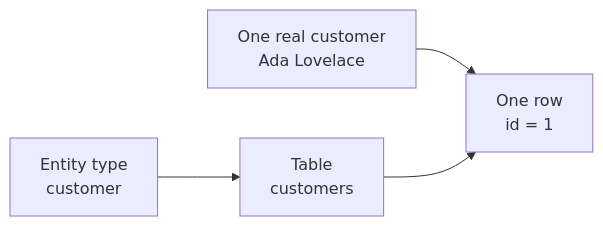
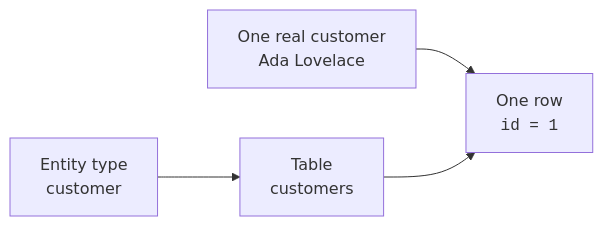
Before and after one commit to dataslope/dataslope: the first of 4 diagrams in content/learn/database-design-postgresql/thinking-in-entities.mdx, drawn with Mermaid. The commit also changed other lines of this file and 218 other files, not shown here.

First line of the commit message:
Render code-only mermaid shapes in monospace; convert step sequences to Steps (#467)

````diff
--- a/content/learn/database-design-postgresql/thinking-in-entities.mdx
+++ b/content/learn/database-design-postgresql/thinking-in-entities.mdx
@@ -22,6 +22,6 @@
 ```mermaid
 flowchart LR
     E["Entity type<br/>customer"] --> T["Table<br/>customers"]
-    R["One real customer<br/>Ada Lovelace"] --> Row["One row<br/>id = 1"]
+    R["One real customer<br/>Ada Lovelace"] --> Row["One row<br/><code>id = 1</code>"]
     T --> Row
 ```
````
